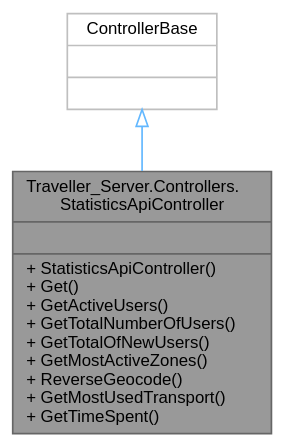
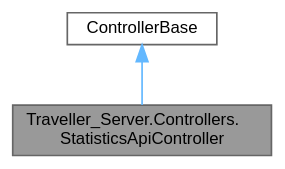
The diagram in Servidor/class_traveller___server_1_1_controllers_1_1_statistics_api_controller__inherit__graph.dot (VenelinArgirov/manual-tecnico.github.io), drawn with Graphviz before and after one commit. The commit also changed 819 other files, not shown here.

```diff
--- a/Servidor/class_traveller___server_1_1_controllers_1_1_statistics_api_controller__inherit__graph.dot
+++ b/Servidor/class_traveller___server_1_1_controllers_1_1_statistics_api_controller__inherit__graph.dot
@@ -1,10 +1,10 @@
 digraph "Traveller_Server.Controllers.StatisticsApiController"
 {
  // LATEX_PDF_SIZE
   bgcolor="transparent";
   edge [fontname=Helvetica,fontsize=10,labelfontname=Helvetica,labelfontsize=10];
   node [fontname=Helvetica,fontsize=10,shape=box,height=0.2,width=0.4];
-  Node1 [shape=record,label="{Traveller_Server.Controllers.\lStatisticsApiController\n||+ StatisticsApiController()\l+ Get()\l+ GetActiveUsers()\l+ GetTotalNumberOfUsers()\l+ GetTotalOfNewUsers()\l+ GetMostActiveZones()\l+ ReverseGeocode()\l+ GetMostUsedTransport()\l+ GetTimeSpent()\l}",height=0.2,width=0.4,color="gray40", fillcolor="grey60", style="filled", fontcolor="black",tooltip=" "];
-  Node2 -> Node1 [dir="back",color="steelblue1",style="solid",arrowtail="onormal"];
-  Node2 [shape=record,label="{ControllerBase\n||}",height=0.2,width=0.4,color="grey75", fillcolor="white", style="filled",tooltip=" "];
+  Node1 [label="Traveller_Server.Controllers.\lStatisticsApiController",height=0.2,width=0.4,color="gray40", fillcolor="grey60", style="filled", fontcolor="black",tooltip=" "];
+  Node2 -> Node1 [dir="back",color="steelblue1",style="solid"];
+  Node2 [label="ControllerBase",height=0.2,width=0.4,color="gray40", fillcolor="white", style="filled",tooltip=" "];
 }
```
